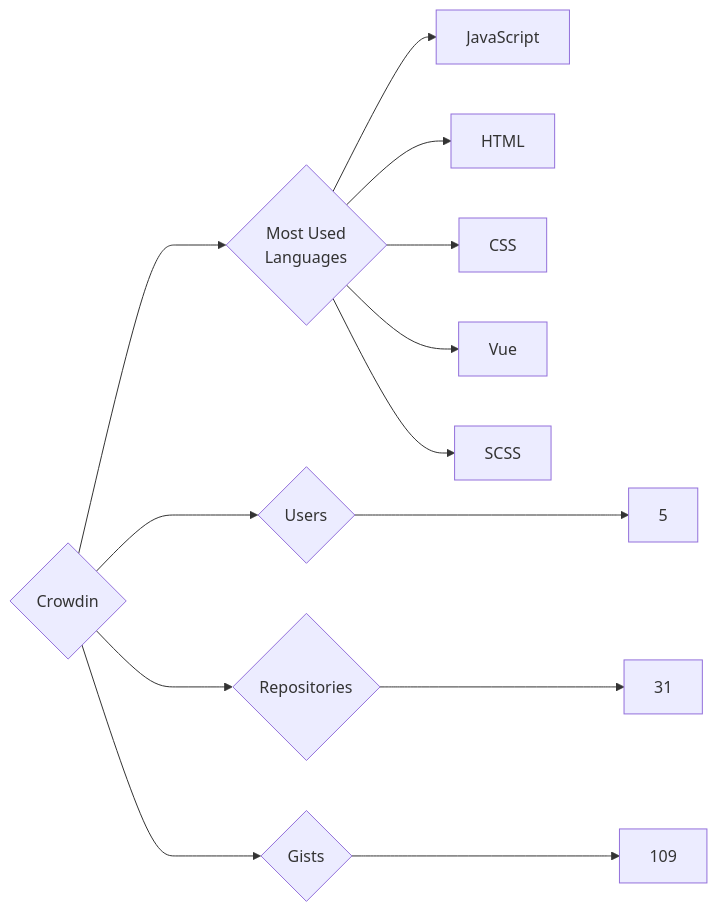
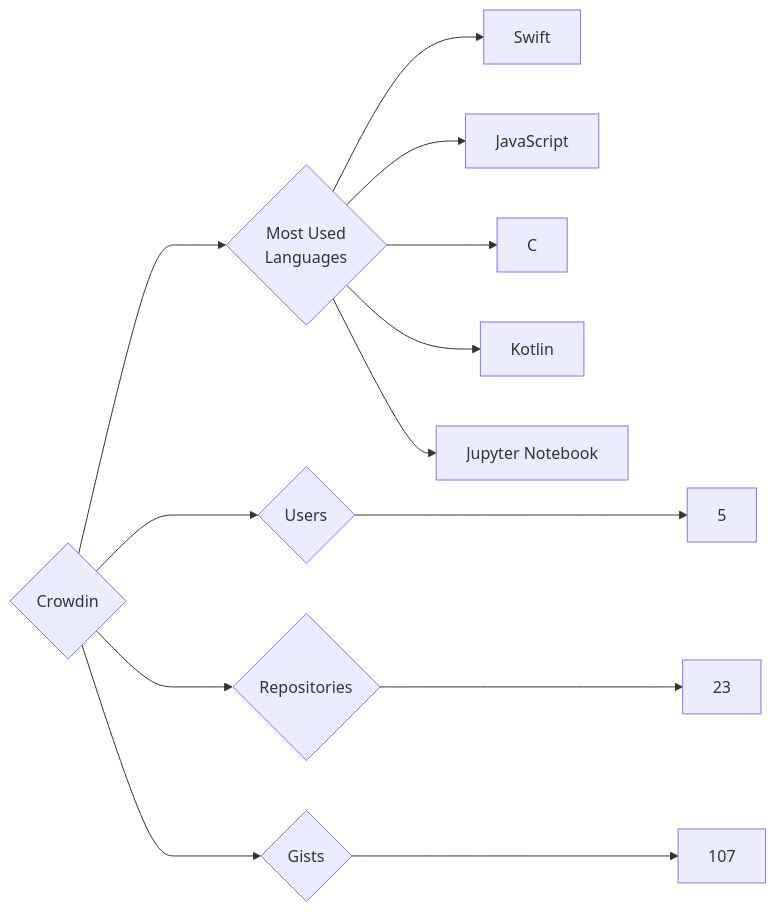
The diagram in targets/Crowdin/README.md (trickest/insiders), drawn with Mermaid before and after one commit. The commit also changed 1003 other files, not shown here.

````diff
--- a/targets/Crowdin/README.md
+++ b/targets/Crowdin/README.md
@@ -3,13 +3,13 @@
 ```mermaid
 graph LR
 COMPANY_NAME{Crowdin}
 COMPANY_NAME ---> U{Users} ---> UN[5]
-COMPANY_NAME ---> R{Repositories} ---> RN[31]
-COMPANY_NAME ---> G{Gists} ---> GN[109]
+COMPANY_NAME ---> R{Repositories} ---> RN[23]
+COMPANY_NAME ---> G{Gists} ---> GN[107]
 COMPANY_NAME ---> ML{Most Used<br>Languages}
+ML --> Swift[Swift]
 ML --> JavaScript[JavaScript]
-ML --> HTML[HTML]
-ML --> CSS[CSS]
-ML --> Vue[Vue]
-ML --> SCSS[SCSS]
+ML --> C[C]
+ML --> Kotlin[Kotlin]
+ML --> Jupyter_Notebook[Jupyter Notebook]
 ```
````
